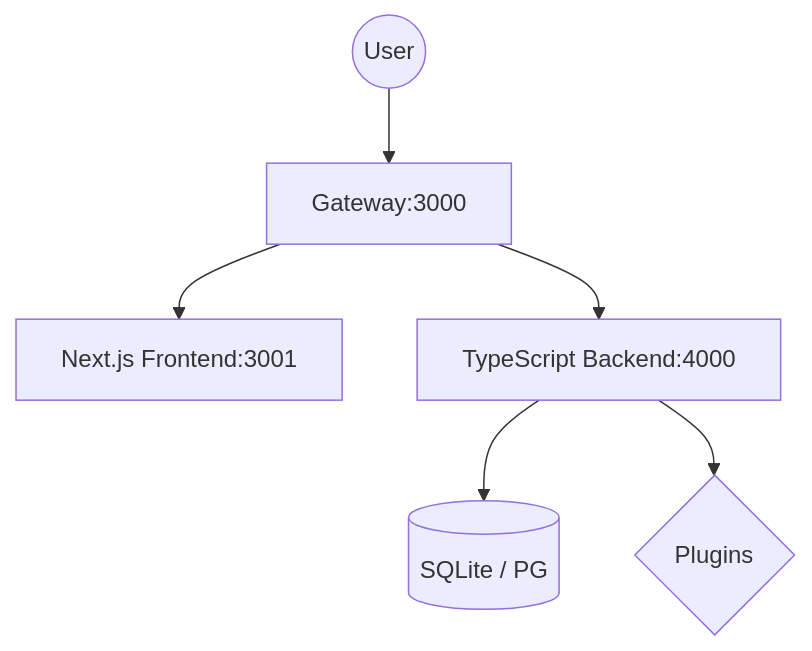
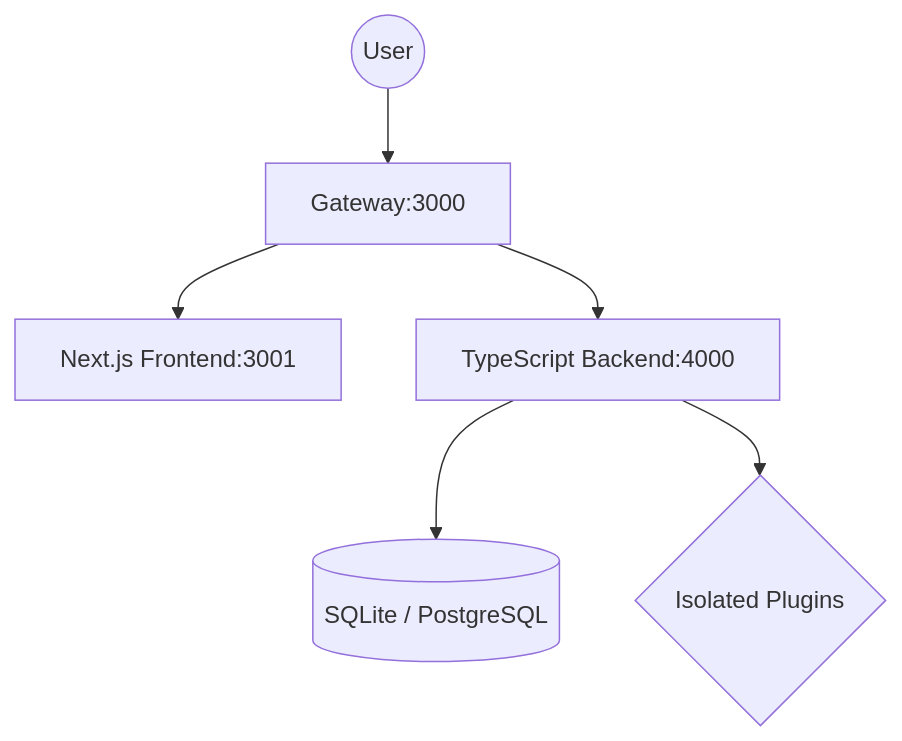
One commit to jaimemartinez/wordjs changed the diagram in README.md. Above: the diagram before and after it, drawn with Mermaid. The commit also changed other lines of this file and 1 other file, not shown here.

````diff
--- a/README.md
+++ b/README.md
@@ -41,8 +93,8 @@
 ```mermaid
 graph TD
     User((User)) --> Gateway[Gateway:3000]
     Gateway --> Frontend[Next.js Frontend:3001]
     Gateway --> Backend[TypeScript Backend:4000]
-    Backend --> DB[(SQLite / PG)]
-    Backend --> Plugins{Plugins}
+    Backend --> DB[(SQLite / PostgreSQL)]
+    Backend --> Plugins{Isolated Plugins}
 ```
````
